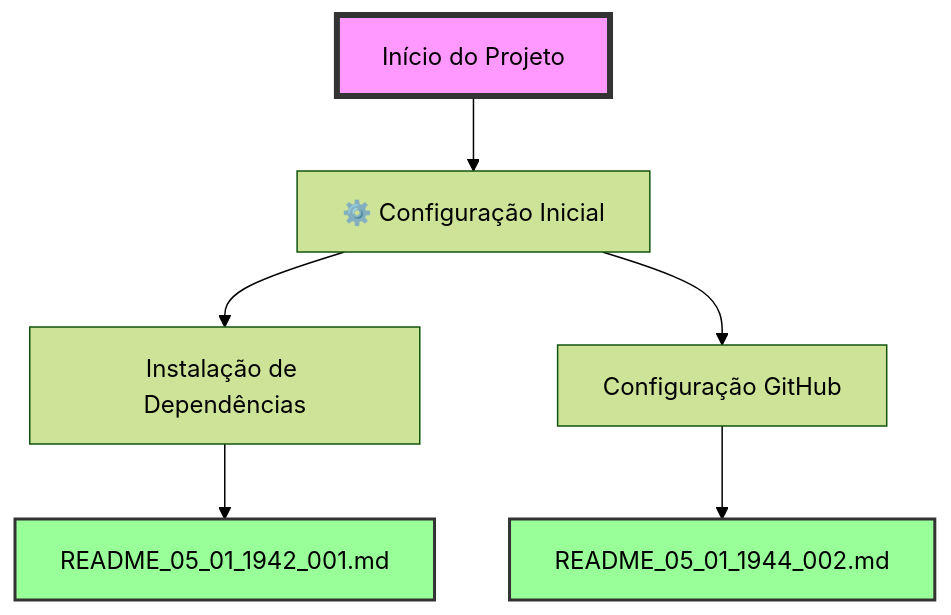
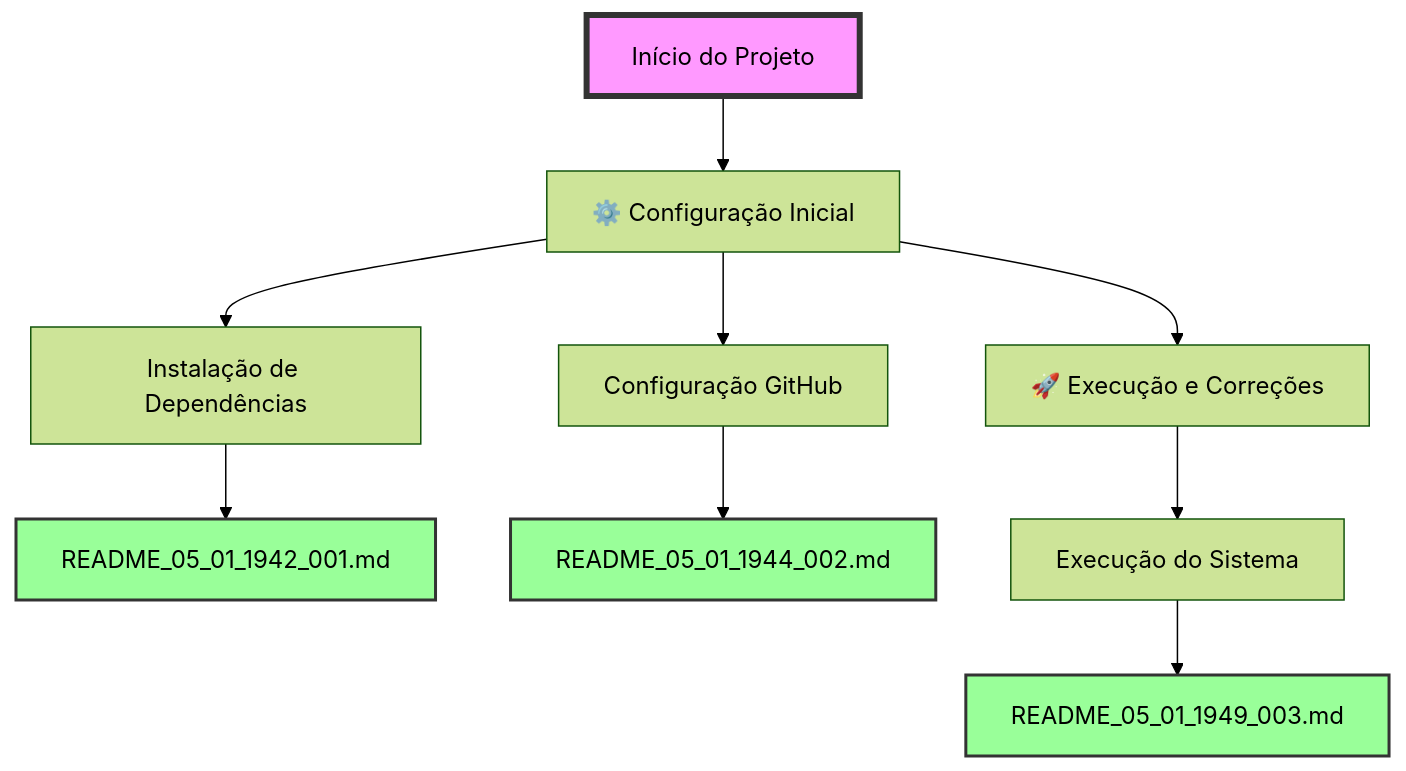
The diagram in FLUXOGRAMA.md (estival9999/auralis), drawn with Mermaid (forest theme) before and after one commit. The commit also changed other lines of this file and 3 other files, not shown here.

First line of the commit message:
[FIX] Correções para execução completa do sistema AURALIS

````diff
--- a/FLUXOGRAMA.md
+++ b/FLUXOGRAMA.md
@@ -13,12 +13,17 @@
 ```mermaid
 flowchart TD
     A[Início do Projeto] --> A1[⚙️ Configuração Inicial]
     A1 --> A1_1[Instalação de Dependências]
     A1_1 --> README1[README_05_01_1942_001.md]
     A1 --> A1_2[Configuração GitHub]
     A1_2 --> README2[README_05_01_1944_002.md]
     
+    A1 --> A2[🚀 Execução e Correções]
+    A2 --> A2_1[Execução do Sistema]
+    A2_1 --> README3[README_05_01_1949_003.md]
+    
     style A fill:#f9f,stroke:#333,stroke-width:4px
     style README1 fill:#9f9,stroke:#333,stroke-width:2px
     style README2 fill:#9f9,stroke:#333,stroke-width:2px
+    style README3 fill:#9f9,stroke:#333,stroke-width:2px
 ```
````
